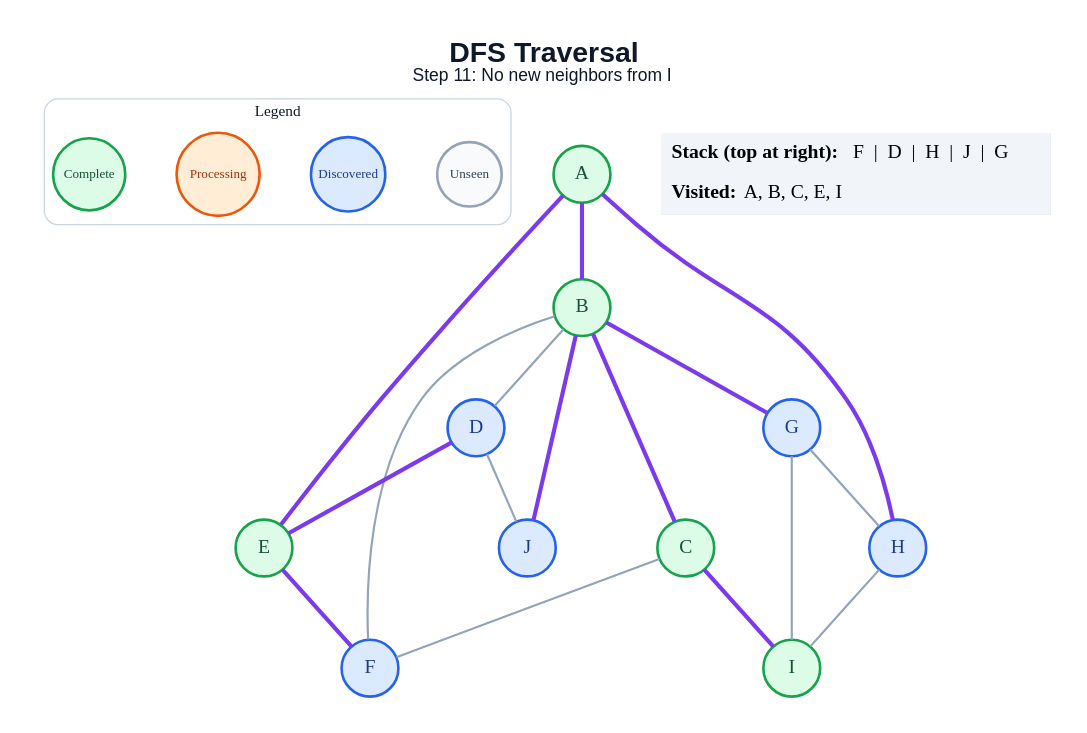
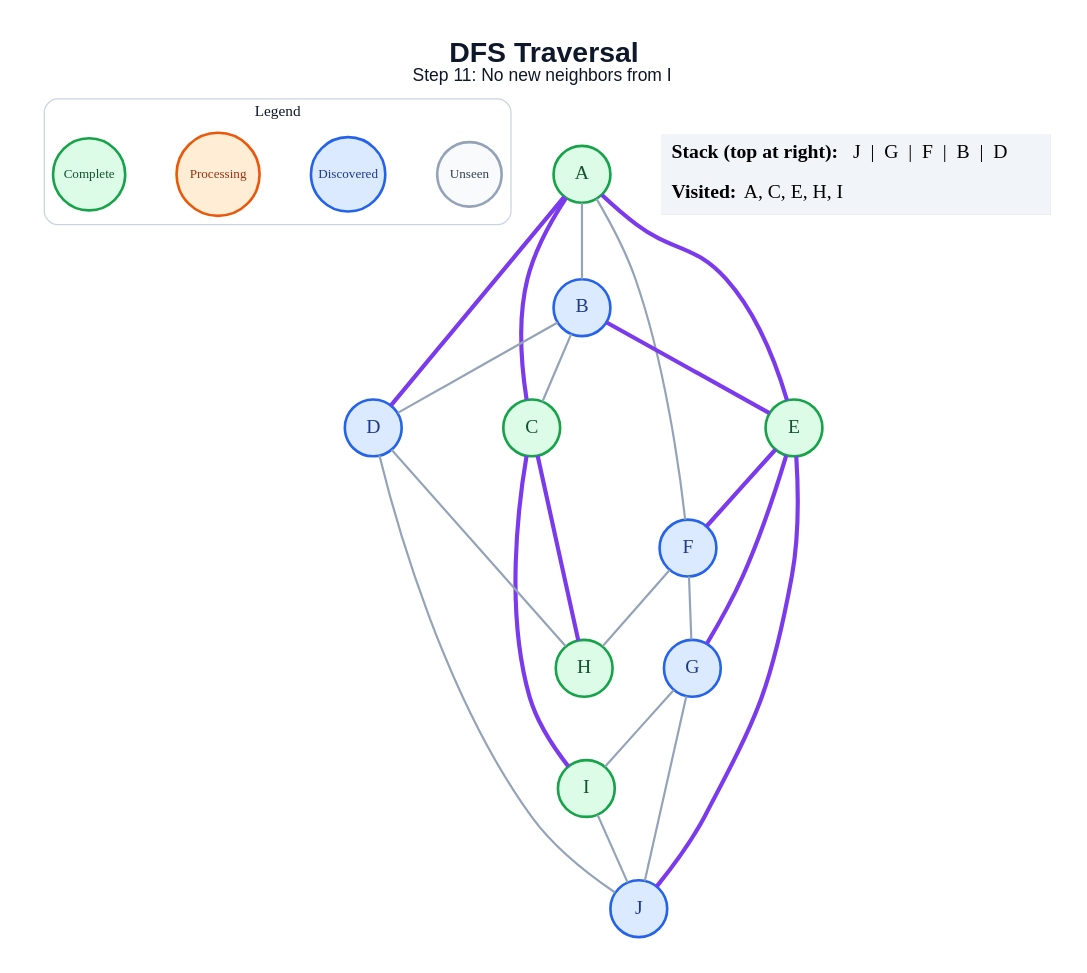
Before and after one commit to amanghodawala9/ai-slop: the diagram in generated/specific-node/dfs/step_11.dot, drawn with Graphviz. The commit also changed 178 other files, not shown here.

```diff
--- a/generated/specific-node/dfs/step_11.dot
+++ b/generated/specific-node/dfs/step_11.dot
@@ -1,45 +1,49 @@
 graph traversal {
   graph [layout=dot, rankdir=TB, bgcolor="#FFFFFF", pad="0.35", nodesep="0.65", ranksep="0.8", fontname="Arial"];
   node [shape=circle, style="filled", fontname="Arial Bold", fontsize=18, width=0.72, fixedsize=true, penwidth=2.4];
   edge [color="#94A3B8", penwidth=2.0];
   label=<<B>DFS Traversal</B><BR/><FONT POINT-SIZE="16">Step 11: No new neighbors from I</FONT>>; labelloc="t"; fontsize=26; fontname="Arial"; fontcolor="#0F172A";
   subgraph cluster_legend { label="Legend"; color="#CBD5E1"; penwidth=1.2; style="rounded"; fontsize=14; fontname="Arial Bold";
     key_unseen [label="Unseen", fillcolor="#F8FAFC", color="#94A3B8", fontcolor="#334155", fontsize=12, width=0.82];
     key_frontier [label="Discovered", fillcolor="#DBEAFE", color="#2563EB", fontcolor="#1E3A8A", fontsize=12, width=0.95];
     key_current [label="Processing", fillcolor="#FFEDD5", color="#EA580C", fontcolor="#9A3412", fontsize=12, width=1.05];
     key_done [label="Complete", fillcolor="#DCFCE7", color="#16A34A", fontcolor="#14532D", fontsize=12, width=0.92];
     { rank=same; key_unseen; key_frontier; key_current; key_done; }
   }
   A [fillcolor="#DCFCE7", color="#16A34A", fontcolor="#14532D"];
-  B [fillcolor="#DCFCE7", color="#16A34A", fontcolor="#14532D"];
+  B [fillcolor="#DBEAFE", color="#2563EB", fontcolor="#1E3A8A"];
   C [fillcolor="#DCFCE7", color="#16A34A", fontcolor="#14532D"];
   D [fillcolor="#DBEAFE", color="#2563EB", fontcolor="#1E3A8A"];
   E [fillcolor="#DCFCE7", color="#16A34A", fontcolor="#14532D"];
   F [fillcolor="#DBEAFE", color="#2563EB", fontcolor="#1E3A8A"];
   G [fillcolor="#DBEAFE", color="#2563EB", fontcolor="#1E3A8A"];
-  H [fillcolor="#DBEAFE", color="#2563EB", fontcolor="#1E3A8A"];
+  H [fillcolor="#DCFCE7", color="#16A34A", fontcolor="#14532D"];
   I [fillcolor="#DCFCE7", color="#16A34A", fontcolor="#14532D"];
   J [fillcolor="#DBEAFE", color="#2563EB", fontcolor="#1E3A8A"];
-  A -- B [color="#7C3AED", penwidth=3.8];
+  A -- B;
+  A -- C [color="#7C3AED", penwidth=3.8];
+  A -- D [color="#7C3AED", penwidth=3.8];
   A -- E [color="#7C3AED", penwidth=3.8];
-  A -- H [color="#7C3AED", penwidth=3.8];
-  B -- C [color="#7C3AED", penwidth=3.8];
+  A -- F;
+  B -- C;
   B -- D;
-  B -- F;
-  B -- G [color="#7C3AED", penwidth=3.8];
-  B -- J [color="#7C3AED", penwidth=3.8];
-  C -- F;
+  B -- E [color="#7C3AED", penwidth=3.8];
+  C -- H [color="#7C3AED", penwidth=3.8];
   C -- I [color="#7C3AED", penwidth=3.8];
-  D -- E [color="#7C3AED", penwidth=3.8];
+  D -- H;
   D -- J;
   E -- F [color="#7C3AED", penwidth=3.8];
-  G -- H;
+  E -- G [color="#7C3AED", penwidth=3.8];
+  E -- J [color="#7C3AED", penwidth=3.8];
+  F -- G;
+  F -- H;
   G -- I;
-  H -- I;
+  G -- J;
+  I -- J;
   status [shape=plain, fixedsize=false, width=0, height=0, margin=0, label=<
     <TABLE BORDER="0" CELLBORDER="0" CELLPADDING="7" BGCOLOR="#F1F5F9">
-      <TR><TD ALIGN="LEFT"><B>Stack (top at right):</B> F  |  D  |  H  |  J  |  G</TD></TR>
-      <TR><TD ALIGN="LEFT"><B>Visited:</B> A, B, C, E, I</TD></TR>
+      <TR><TD ALIGN="LEFT"><B>Stack (top at right):</B> J  |  G  |  F  |  B  |  D</TD></TR>
+      <TR><TD ALIGN="LEFT"><B>Visited:</B> A, C, E, H, I</TD></TR>
     </TABLE>
   >];
 }
```
